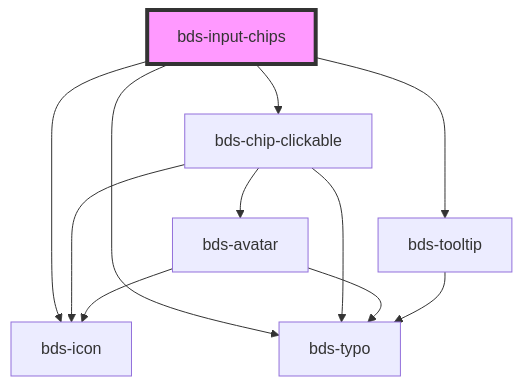
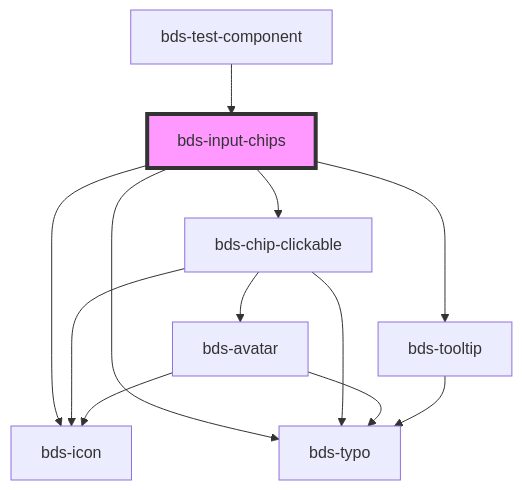
The diagram in src/components/input-chips/readme.md (takenet/blip-ds), drawn with Mermaid before and after one commit. The commit also changed other lines of this file and 73 other files, not shown here.

````diff
--- a/src/components/input-chips/readme.md
+++ b/src/components/input-chips/readme.md
@@ -123,14 +127,15 @@
 ```mermaid
 graph TD;
   bds-input-chips --> bds-chip-clickable
   bds-input-chips --> bds-tooltip
   bds-input-chips --> bds-icon
   bds-input-chips --> bds-typo
   bds-chip-clickable --> bds-icon
   bds-chip-clickable --> bds-avatar
   bds-chip-clickable --> bds-typo
   bds-avatar --> bds-typo
   bds-avatar --> bds-icon
   bds-tooltip --> bds-typo
+  bds-test-component --> bds-input-chips
   style bds-input-chips fill:#f9f,stroke:#333,stroke-width:4px
 ```
````
